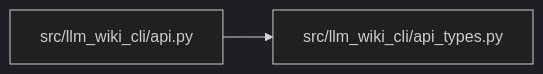
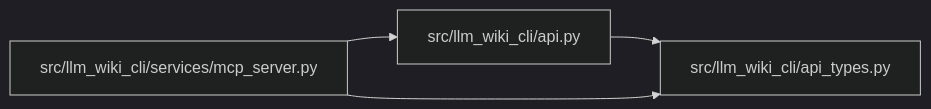
Before and after one commit to Denissvgn/python-wiki-llm: the diagram in docs/llm_wiki/modules/api_types.md, drawn with Mermaid (dark theme). The commit also changed other lines of this file and 364 other files, not shown here.

````diff
--- a/docs/llm_wiki/modules/api_types.md
+++ b/docs/llm_wiki/modules/api_types.md
@@ -24,8 +24,12 @@
 ```mermaid
 flowchart LR
     n0["src/llm_wiki_cli/api.py"]
     n1["src/llm_wiki_cli/api_types.py"]
+    n2["src/llm_wiki_cli/services/mcp_server.py"]
     n0 --> n1
+    n2 --> n0
+    n2 --> n1
     click n0 "../modules/api.md"
     click n1 "../modules/api_types.md"
+    click n2 "../modules/mcp_server.md"
 ```
````
